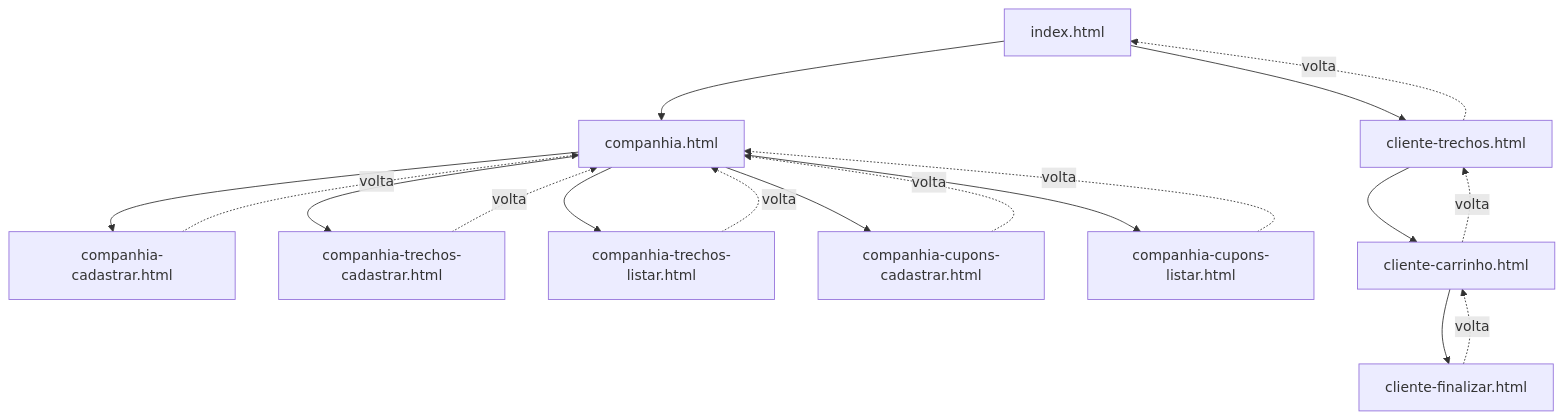
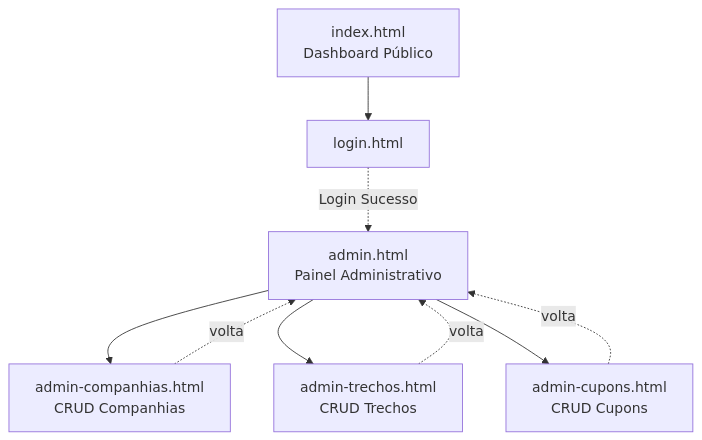
One commit to mais-ti/desenvolvimento-web changed the diagram in Exercícios/Projeto do Sistema de Passagens.md. Above: the diagram before and after it, drawn with Mermaid. The commit also changed other lines of this file, not shown here.

````diff
--- a/Exercícios/Projeto do Sistema de Passagens.md
+++ b/Exercícios/Projeto do Sistema de Passagens.md
@@ -40,23 +22,14 @@
 ```mermaid
 graph TD
-    A[index.html] --> B[companhia.html]
-    A --> C[cliente-trechos.html]
-
-    B --> D[companhia-cadastrar.html]
-    B --> E[companhia-trechos-cadastrar.html]
-    B --> F[companhia-trechos-listar.html]
-    B --> G[companhia-cupons-cadastrar.html]
-    B --> H[companhia-cupons-listar.html]
-
-    C --> I[cliente-carrinho.html]
-    I --> J[cliente-finalizar.html]
-
-    D -.volta.-> B
-    E -.volta.-> B
-    F -.volta.-> B
-    G -.volta.-> B
-    H -.volta.-> B
-    C -.volta.-> A
-    I -.volta.-> C
-    J -.volta.-> I
+    A[index.html <br> Dashboard Público] --> B[login.html]
+    
+    B -. Login Sucesso .-> C[admin.html <br> Painel Administrativo]
+    
+    C --> D[admin-companhias.html <br> CRUD Companhias]
+    C --> E[admin-trechos.html <br> CRUD Trechos]
+    C --> F[admin-cupons.html <br> CRUD Cupons]
+    
+    D -. volta .-> C
+    E -. volta .-> C
+    F -. volta .-> C
 ```
````
